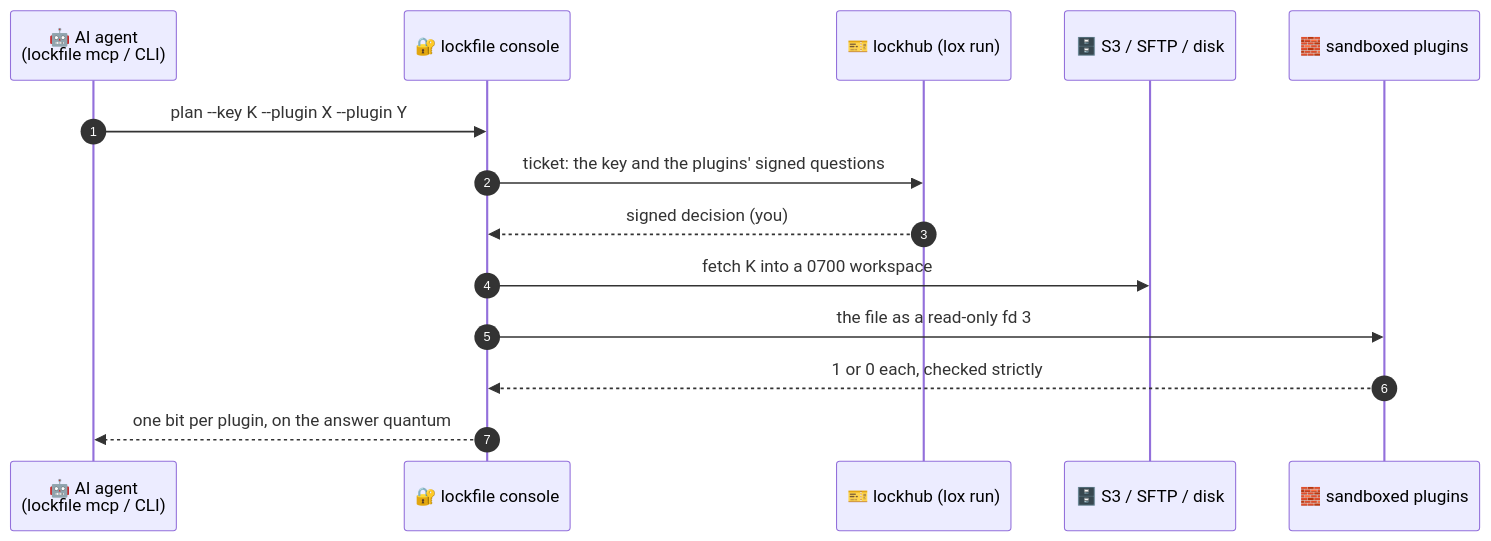
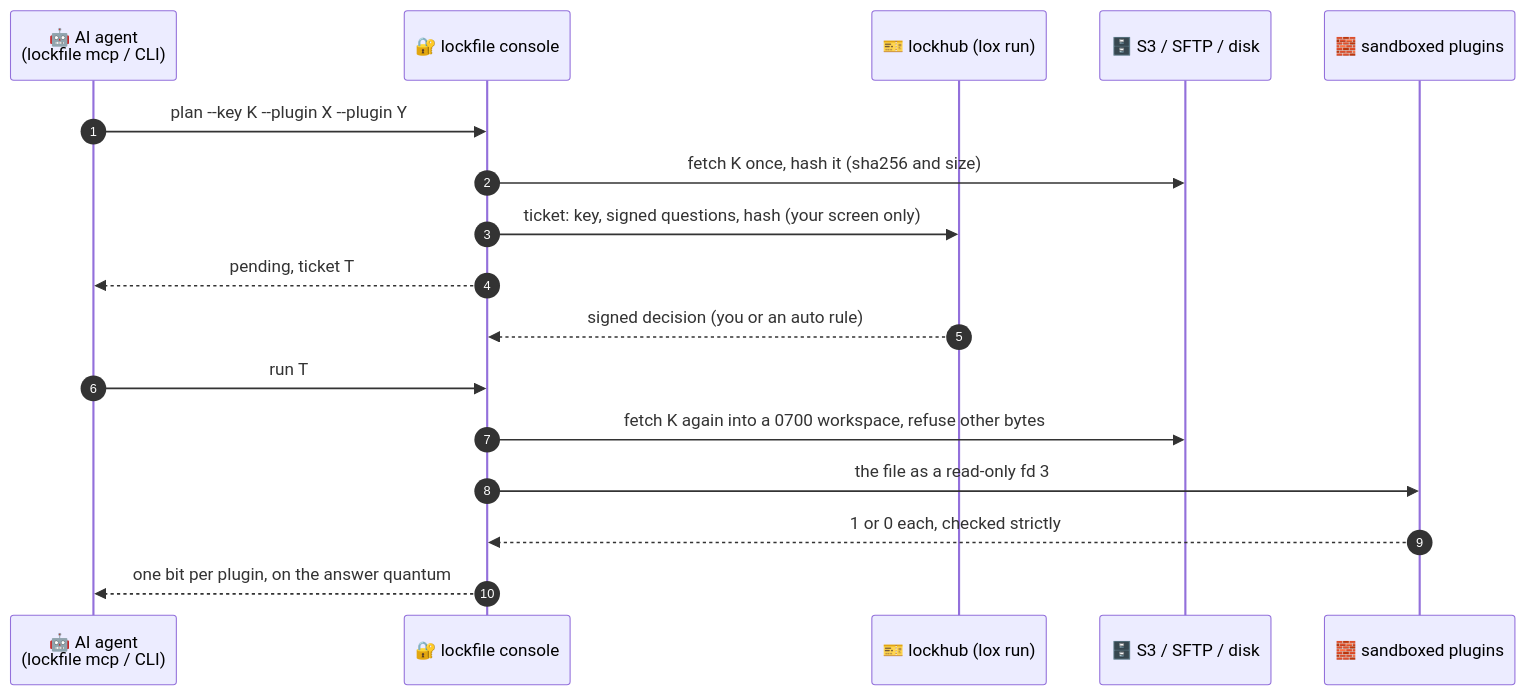
The diagram in README.md (DavidGodefroid/lockfile), drawn with Mermaid before and after one commit. The commit also changed other lines of this file and 15 other files, not shown here.

````diff
--- a/README.md
+++ b/README.md
@@ -162,16 +167,19 @@
 ```mermaid
 sequenceDiagram
     autonumber
     participant A as 🤖 AI agent<br/>(lockfile mcp / CLI)
     participant C as 🔐 lockfile console
     participant L as 🎫 lockhub (lox run)
     participant S as 🗄️ S3 / SFTP / disk
     participant P as 🧱 sandboxed plugins
     A->>C: plan --key K --plugin X --plugin Y
-    C->>L: ticket: the key and the plugins' signed questions
-    L-->>C: signed decision (you)
-    C->>S: fetch K into a 0700 workspace
+    C->>S: fetch K once, hash it (sha256 and size)
+    C->>L: ticket: key, signed questions, hash (your screen only)
+    C-->>A: pending, ticket T
+    L-->>C: signed decision (you or an auto rule)
+    A->>C: run T
+    C->>S: fetch K again into a 0700 workspace, refuse other bytes
     C->>P: the file as a read-only fd 3
     P-->>C: 1 or 0 each, checked strictly
     C-->>A: one bit per plugin, on the answer quantum
 ```
````
